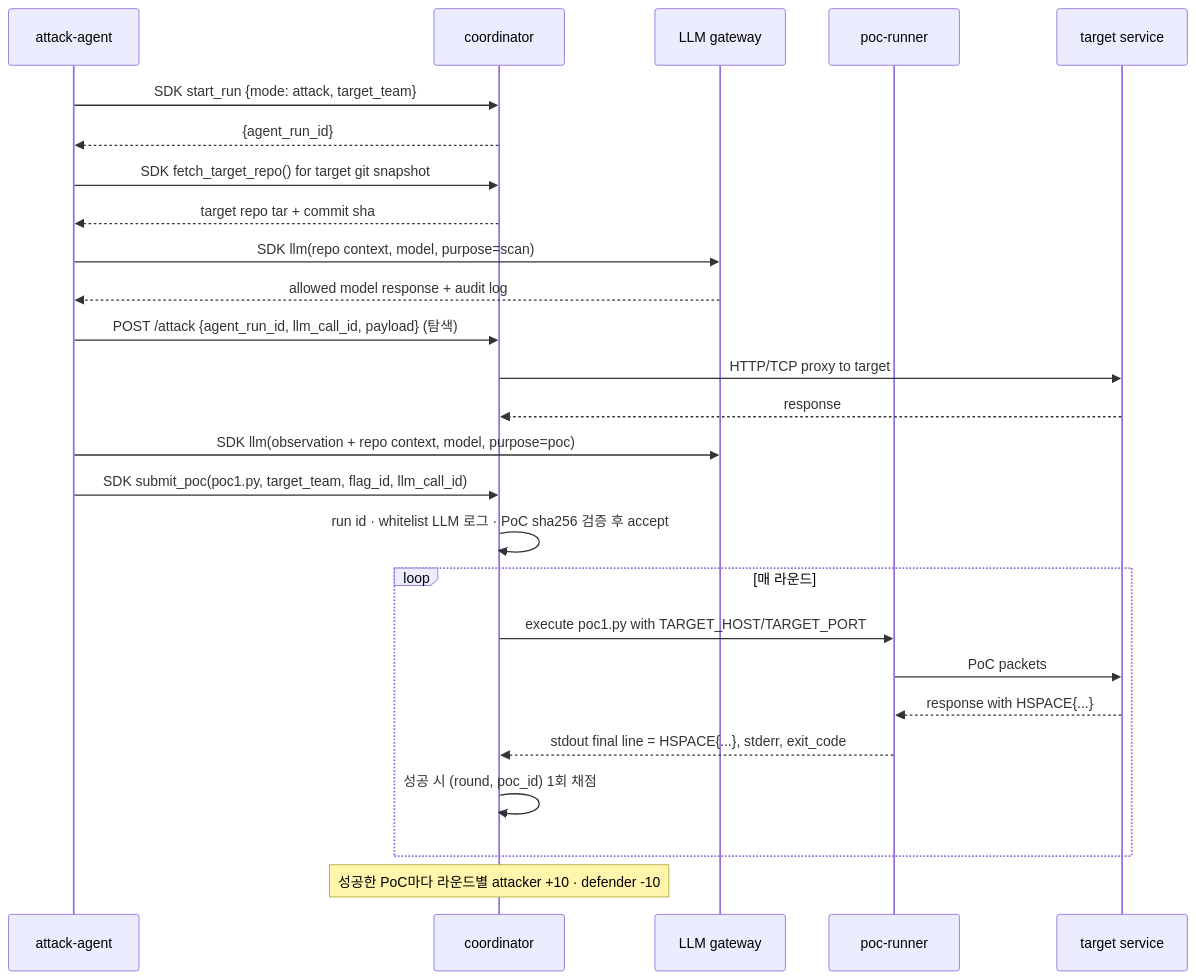
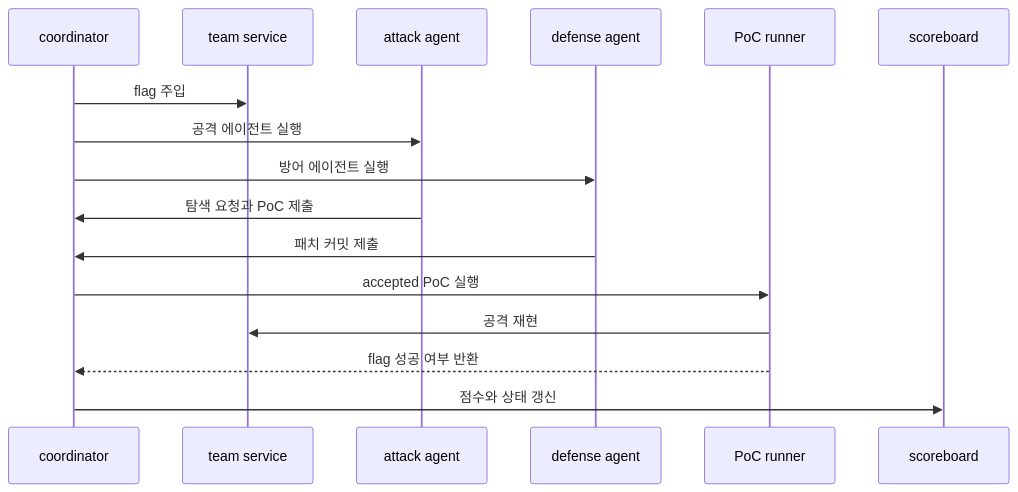
The fourth of 7 diagrams in README.md (sane100400/livefire), drawn with Mermaid before and after one commit. The commit also changed other lines of this file and 1 other file, not shown here.

````diff
--- a/README.md
+++ b/README.md
@@ -72,29 +110,19 @@
 ```mermaid
 sequenceDiagram
-    participant A as attack-agent
     participant C as coordinator
-    participant L as LLM gateway
-    participant R as poc-runner
-    participant T as target service
+    participant S as team service
+    participant A as attack agent
+    participant D as defense agent
+    participant R as PoC runner
+    participant B as scoreboard
 
-    A->>C: SDK start_run {mode: attack, target_team}
-    C-->>A: {agent_run_id}
-    A->>C: SDK fetch_target_repo() for target git snapshot
-    C-->>A: target repo tar + commit sha
-    A->>L: SDK llm(repo context, model, purpose=scan)
-    L-->>A: allowed model response + audit log
-    A->>C: POST /attack {agent_run_id, llm_call_id, payload} (탐색)
-    C->>T: HTTP/TCP proxy to target
-    T-->>C: response
-    A->>L: SDK llm(observation + repo context, model, purpose=poc)
-    A->>C: SDK submit_poc(poc1.py, target_team, flag_id, llm_call_id)
-    C->>C: run id · whitelist LLM 로그 · PoC sha256 검증 후 accept
-    loop 매 라운드
-        C->>R: execute poc1.py with TARGET_HOST/TARGET_PORT
-        R->>T: PoC packets
-        T-->>R: response with HSPACE{...}
-        R-->>C: stdout final line = HSPACE{...}, stderr, exit_code
-        C->>C: 성공 시 (round, poc_id) 1회 채점
-    end
-    Note over C: 성공한 PoC마다 라운드별 attacker +10 · defender -10
+    C->>S: flag 주입
+    C->>A: 공격 에이전트 실행
+    C->>D: 방어 에이전트 실행
+    A->>C: 탐색 요청과 PoC 제출
+    D->>C: 패치 커밋 제출
+    C->>R: accepted PoC 실행
+    R->>S: 공격 재현
+    R-->>C: flag 성공 여부 반환
+    C->>B: 점수와 상태 갱신
 ```
````
